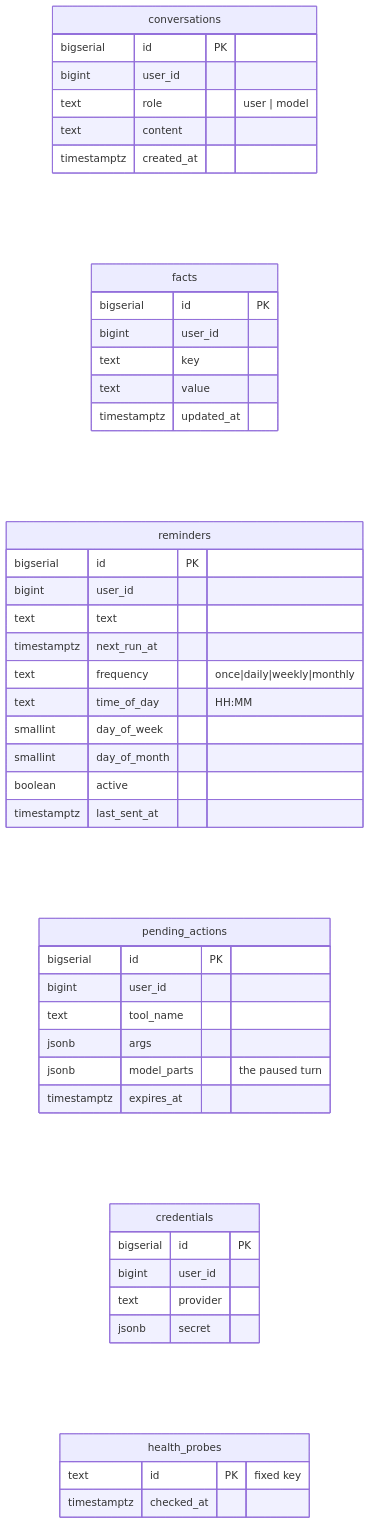
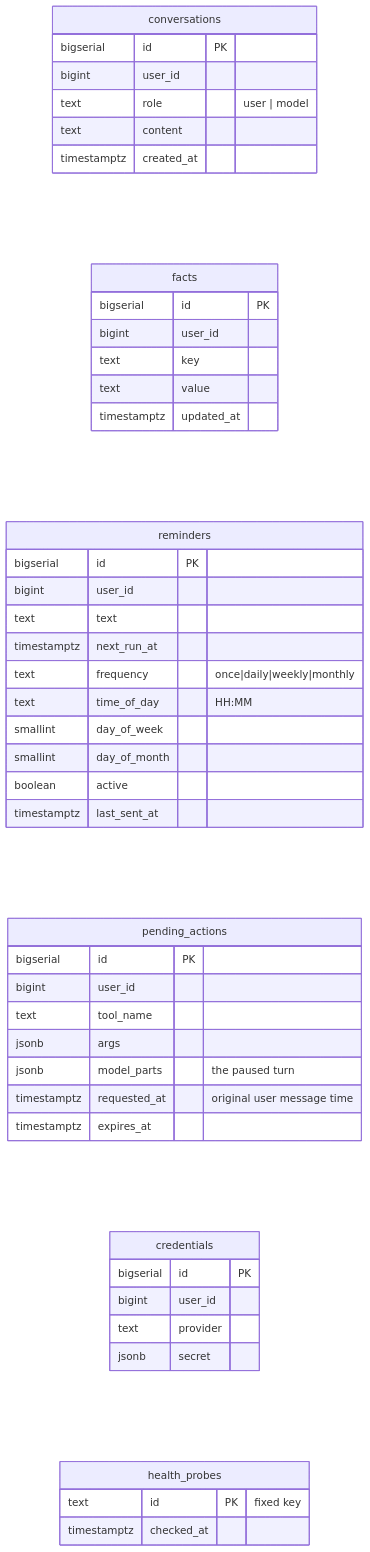
Before and after one commit to e1010101/my-helper: the sixth of 11 diagrams in docs/architecture.md, drawn with Mermaid. The commit also changed other lines of this file and 49 other files, not shown here.

````diff
--- a/docs/architecture.md
+++ b/docs/architecture.md
@@ -307,48 +307,49 @@
 ```mermaid
 erDiagram
     direction LR
     conversations {
         bigserial id PK
         bigint user_id
         text role "user | model"
         text content
         timestamptz created_at
     }
     facts {
         bigserial id PK
         bigint user_id
         text key
         text value
         timestamptz updated_at
     }
     reminders {
         bigserial id PK
         bigint user_id
         text text
         timestamptz next_run_at
         text frequency "once|daily|weekly|monthly"
         text time_of_day "HH:MM"
         smallint day_of_week
         smallint day_of_month
         boolean active
         timestamptz last_sent_at
     }
     pending_actions {
         bigserial id PK
         bigint user_id
         text tool_name
         jsonb args
         jsonb model_parts "the paused turn"
+        timestamptz requested_at "original user message time"
         timestamptz expires_at
     }
     credentials {
         bigserial id PK
         bigint user_id
         text provider
         jsonb secret
     }
     health_probes {
         text id PK "fixed key"
         timestamptz checked_at
     }
 ```
````
